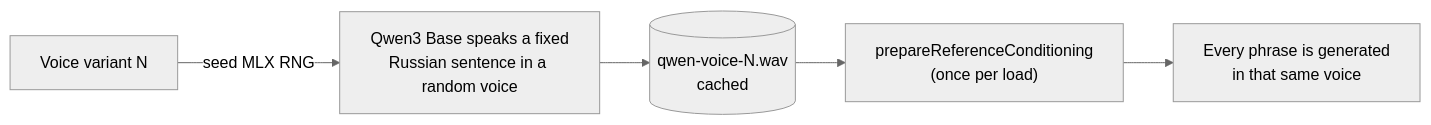
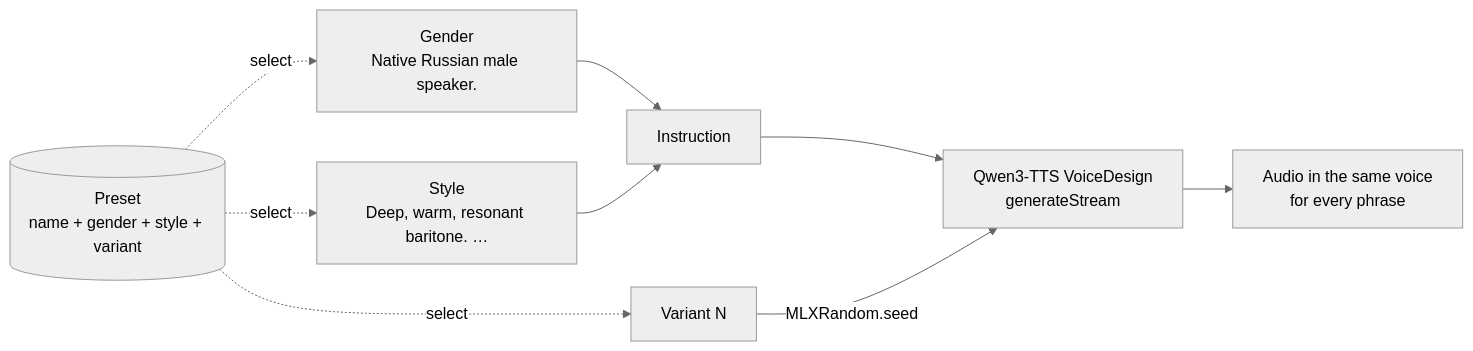
The fifth of 5 diagrams in README.md (andrew-ignatiev/screen-voice), drawn with Mermaid (neutral theme) before and after one commit. The commit also changed other lines of this file and 14 other files, not shown here.

First line of the commit message:
Replace Qwen3-TTS 0.6B with 1.7B VoiceDesign; add gender, style and voice presets

````diff
--- a/README.md
+++ b/README.md
@@ -280,7 +289,9 @@
 ```mermaid
 flowchart LR
-    S[Voice variant N] -->|seed MLX RNG| G["Qwen3 Base speaks a fixed<br/>Russian sentence in a random voice"]
-    G --> W[("qwen-voice-N.wav<br/>cached")]
-    W --> R["prepareReferenceConditioning<br/>(once per load)"]
-    R --> T["Every phrase is generated<br/>in that same voice"]
+    G["Gender<br/>Native Russian male speaker."] --> I[Instruction]
+    S["Style<br/>Deep, warm, resonant baritone. …"] --> I
+    I --> M["Qwen3-TTS VoiceDesign<br/>generateStream"]
+    V["Variant N"] -->|MLXRandom.seed| M
+    M --> A["Audio in the same voice<br/>for every phrase"]
+    P[("Preset<br/>name + gender + style + variant")] -.->|select| G & S & V
 ```
````
